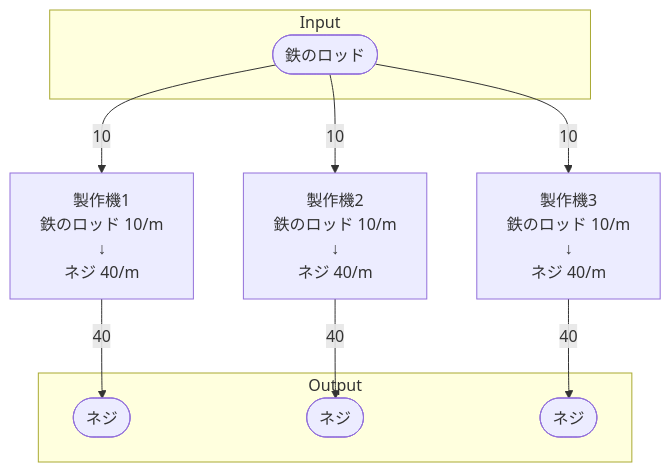
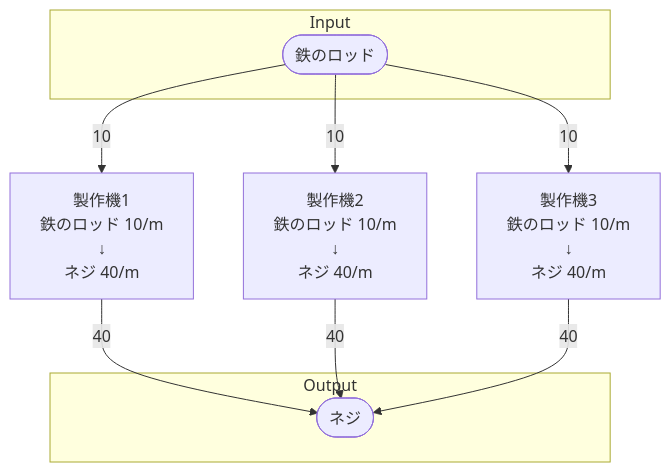
The diagram in 40_FactoryBuilding/初期一時鉄のロッド工場/40_個別製造ライン設計書/個別製造ライン設計書_ネジ製造ライン.md (Suzuran-Amano/SatisfactoryTaskEfficiency), drawn with Mermaid before and after one commit. The commit also changed other lines of this file and 288 other files, not shown here.

````diff
--- a/40_FactoryBuilding/初期一時鉄のロッド工場/40_個別製造ライン設計書/個別製造ライン設計書_ネジ製造ライン.md
+++ b/40_FactoryBuilding/初期一時鉄のロッド工場/40_個別製造ライン設計書/個別製造ライン設計書_ネジ製造ライン.md
@@ -18,46 +20,39 @@
 ```mermaid
 flowchart TD
 
 subgraph Input
     鉄のロッド([鉄のロッド])
 end
 
 製作機1[
     製作機1
     鉄のロッド 10/m
     ↓
     ネジ 40/m
 ]
 
 製作機2[
     製作機2
     鉄のロッド 10/m
     ↓
     ネジ 40/m
 ]
 
 製作機3[
     製作機3
     鉄のロッド 10/m
     ↓
     ネジ 40/m
 ]
 
 subgraph Output
-    ネジ1([ネジ])
-    ネジ2([ネジ])
-    ネジ3([ネジ])
+    ネジ([ネジ])
 end
 
-
 鉄のロッド-->|10|製作機1
-製作機1-->|40|ネジ1
-
+製作機1-->|40|ネジ
 鉄のロッド-->|10|製作機2
-製作機2-->|40|ネジ2
-
+製作機2-->|40|ネジ
 鉄のロッド-->|10|製作機3
-製作機3-->|40|ネジ3
-
-
+製作機3-->|40|ネジ
 ```
````
